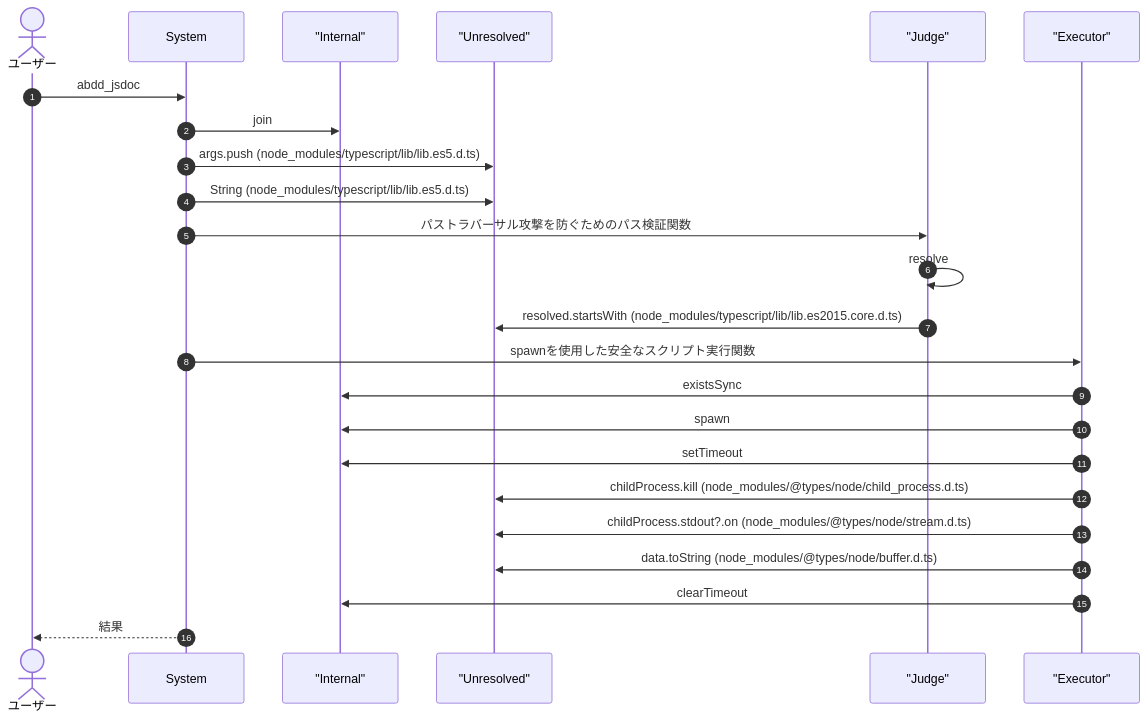
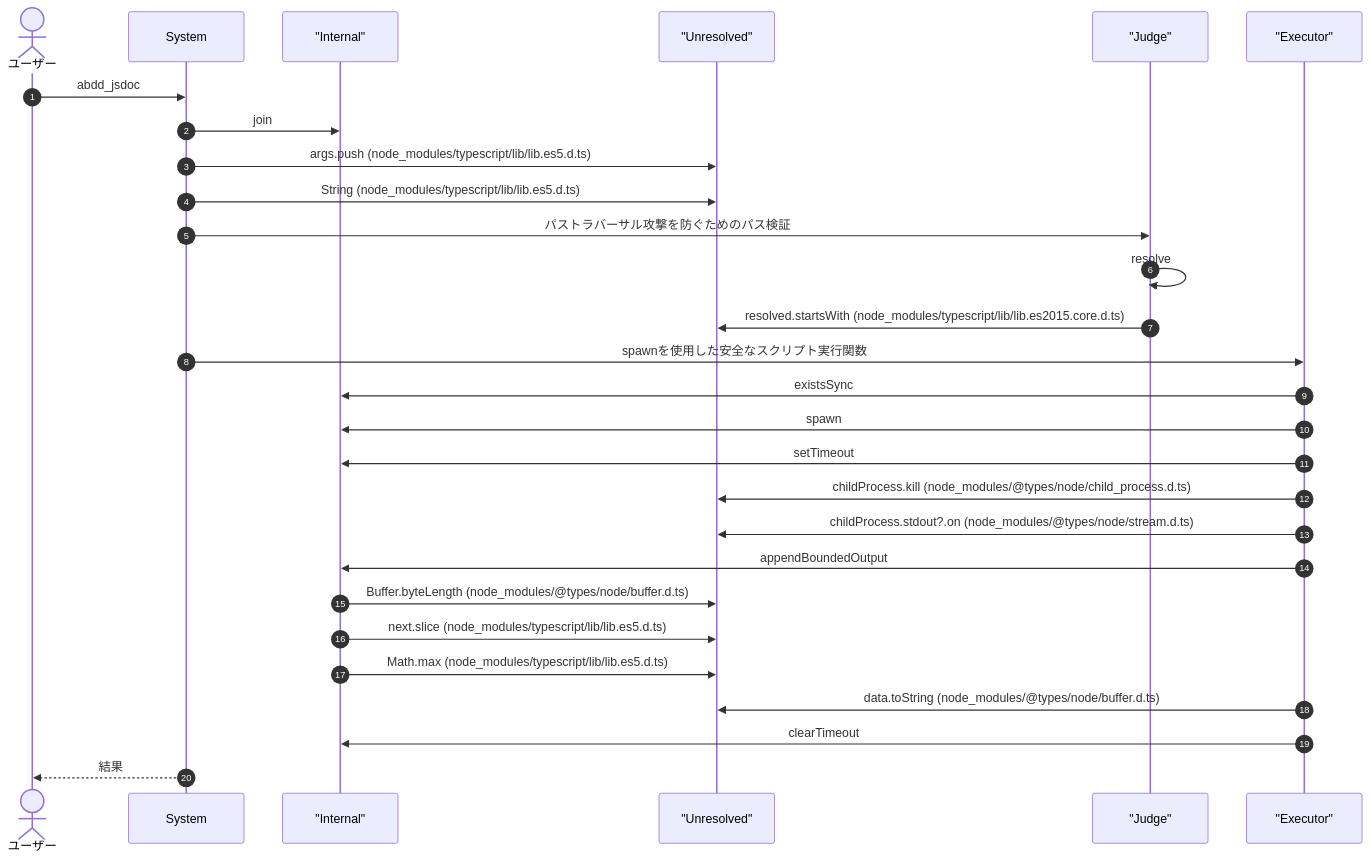
One commit to Mekann2904/mekann changed the second of 7 diagrams in ABDD/.pi/extensions/abdd.md. Above: the diagram before and after it, drawn with Mermaid. The commit also changed other lines of this file and 205 other files, not shown here.

````diff
--- a/ABDD/.pi/extensions/abdd.md
+++ b/ABDD/.pi/extensions/abdd.md
@@ -68,28 +72,32 @@
 ```mermaid
 sequenceDiagram
   autonumber
   actor User as ユーザー
   participant System as System
   participant Internal as "Internal"
   participant Unresolved as "Unresolved"
   participant Judge as "Judge"
   participant Executor as "Executor"
 
   User->>System: abdd_jsdoc
   System->>Internal: join
   System->>Unresolved: args.push (node_modules/typescript/lib/lib.es5.d.ts)
   System->>Unresolved: String (node_modules/typescript/lib/lib.es5.d.ts)
-  System->>Judge: パストラバーサル攻撃を防ぐためのパス検証関数
+  System->>Judge: パストラバーサル攻撃を防ぐためのパス検証
   Judge->>Judge: resolve
   Judge->>Unresolved: resolved.startsWith (node_modules/typescript/lib/lib.es2015.core.d.ts)
   System->>Executor: spawnを使用した安全なスクリプト実行関数
   Executor->>Internal: existsSync
   Executor->>Internal: spawn
   Executor->>Internal: setTimeout
   Executor->>Unresolved: childProcess.kill (node_modules/@types/node/child_process.d.ts)
   Executor->>Unresolved: childProcess.stdout?.on (node_modules/@types/node/stream.d.ts)
+  Executor->>Internal: appendBoundedOutput
+  Internal->>Unresolved: Buffer.byteLength (node_modules/@types/node/buffer.d.ts)
+  Internal->>Unresolved: next.slice (node_modules/typescript/lib/lib.es5.d.ts)
+  Internal->>Unresolved: Math.max (node_modules/typescript/lib/lib.es5.d.ts)
   Executor->>Unresolved: data.toString (node_modules/@types/node/buffer.d.ts)
   Executor->>Internal: clearTimeout
   System-->>User: 結果
 
 ```
````
